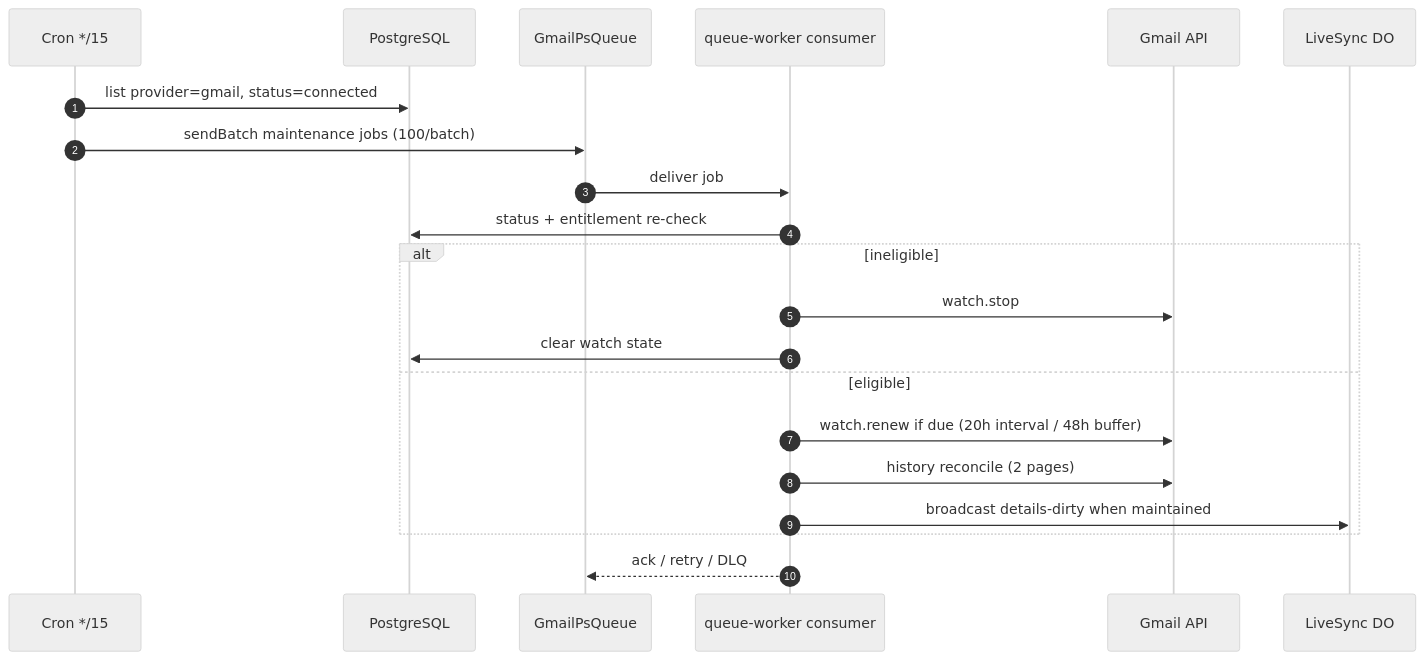
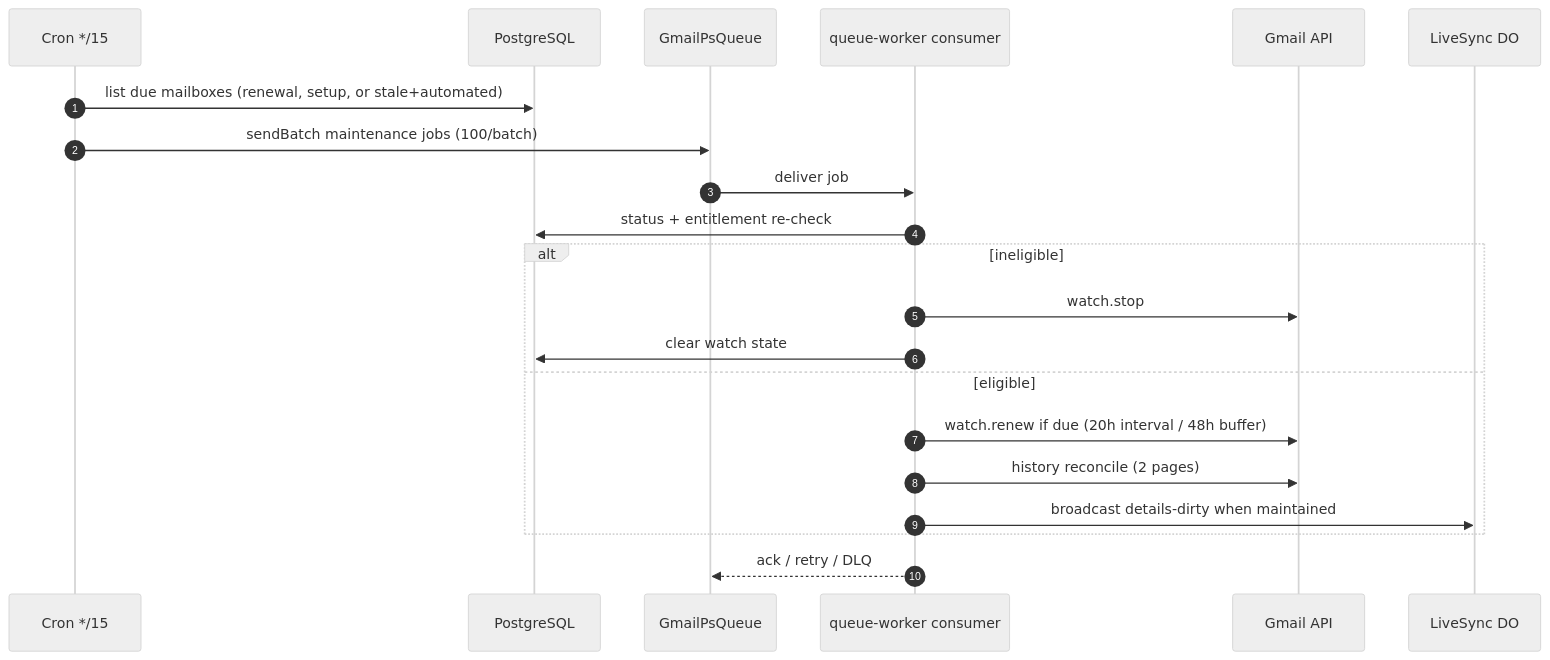
One commit to quieter-email/quieter changed the third of 7 diagrams in docs/infrastructure-map.md. Above: the diagram before and after it, drawn with Mermaid (neutral theme). The commit also changed other lines of this file and 8 other files, not shown here.

First line of the commit message:
perf(gmail): due-driven maintenance selection and instant action dispatch

````diff
--- a/docs/infrastructure-map.md
+++ b/docs/infrastructure-map.md
@@ -205,24 +205,24 @@
 ```mermaid
 sequenceDiagram
     autonumber
     participant CR as Cron */15
     participant DB as PostgreSQL
     participant Q as GmailPsQueue
     participant C as queue-worker consumer
     participant A as Gmail API
     participant D as LiveSync DO
 
-    CR->>DB: list provider=gmail, status=connected
+    CR->>DB: list due mailboxes (renewal, setup, or stale+automated)
     CR->>Q: sendBatch maintenance jobs (100/batch)
     Q->>C: deliver job
     C->>DB: status + entitlement re-check
     alt ineligible
         C->>A: watch.stop
         C->>DB: clear watch state
     else eligible
         C->>A: watch.renew if due (20h interval / 48h buffer)
         C->>A: history reconcile (2 pages)
         C->>D: broadcast details-dirty when maintained
     end
     C-->>Q: ack / retry / DLQ
 ```
````
